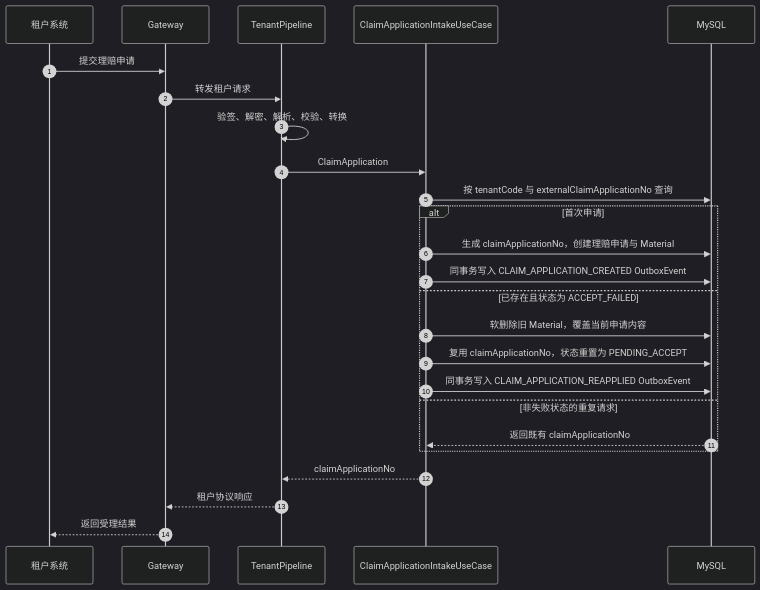
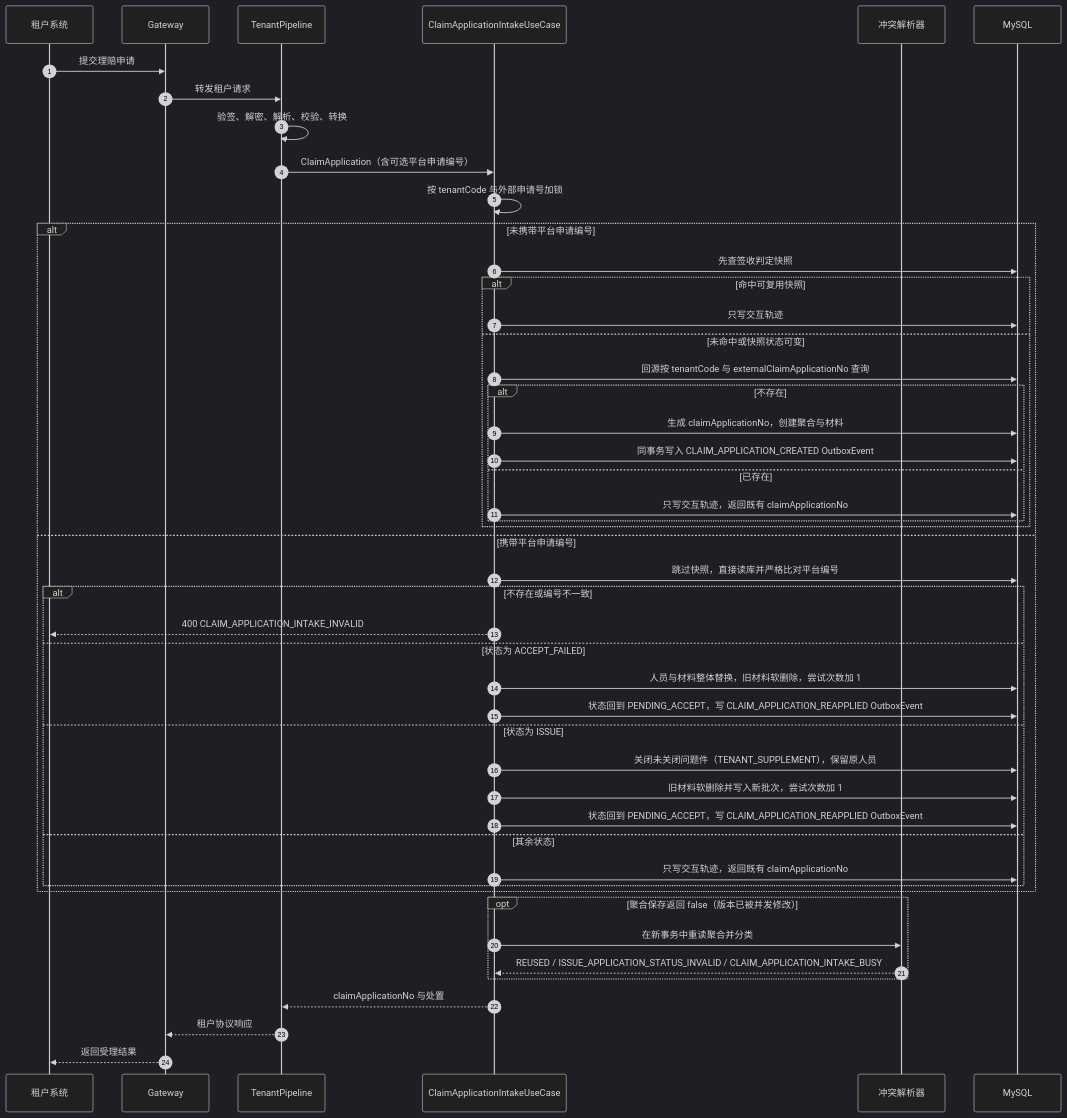
Before and after one commit to wangguangwu/claim-integration-platform: the fifth of 11 diagrams in docs/architecture/claim-application-architecture.md, drawn with Mermaid (dark theme). The commit also changed other lines of this file and 118 other files, not shown here.

Commit message:
落地 024 理赔受理聚合根重设计：ClaimApplication 统一收敛材料与问题件，补齐乐观锁与详情读模型

````diff
--- a/docs/architecture/claim-application-architecture.md
+++ b/docs/architecture/claim-application-architecture.md
@@ -267,30 +282,54 @@
 ```mermaid
 sequenceDiagram
     autonumber
     participant T as 租户系统
     participant G as Gateway
     participant A as TenantPipeline
     participant U as ClaimApplicationIntakeUseCase
+    participant R as 冲突解析器
     participant DB as MySQL
 
     T->>G: 提交理赔申请
     G->>A: 转发租户请求
     A->>A: 验签、解密、解析、校验、转换
-    A->>U: ClaimApplication
-    U->>DB: 按 tenantCode 与 externalClaimApplicationNo 查询
+    A->>U: ClaimApplication（含可选平台申请编号）
+    U->>U: 按 tenantCode 与外部申请号加锁
 
-    alt 首次申请
-        U->>DB: 生成 claimApplicationNo，创建理赔申请与 Material
-        U->>DB: 同事务写入 CLAIM_APPLICATION_CREATED OutboxEvent
-    else 已存在且状态为 ACCEPT_FAILED
-        U->>DB: 软删除旧 Material，覆盖当前申请内容
-        U->>DB: 复用 claimApplicationNo，状态重置为 PENDING_ACCEPT
-        U->>DB: 同事务写入 CLAIM_APPLICATION_REAPPLIED OutboxEvent
-    else 非失败状态的重复请求
-        DB-->>U: 返回既有 claimApplicationNo
+    alt 未携带平台申请编号
+        U->>DB: 先查签收判定快照
+        alt 命中可复用快照
+            U->>DB: 只写交互轨迹
+        else 未命中或快照状态可变
+            U->>DB: 回源按 tenantCode 与 externalClaimApplicationNo 查询
+            alt 不存在
+                U->>DB: 生成 claimApplicationNo，创建聚合与材料
+                U->>DB: 同事务写入 CLAIM_APPLICATION_CREATED OutboxEvent
+            else 已存在
+                U->>DB: 只写交互轨迹，返回既有 claimApplicationNo
+            end
+        end
+    else 携带平台申请编号
+        U->>DB: 跳过快照，直接读库并严格比对平台编号
+        alt 不存在或编号不一致
+            U-->>T: 400 CLAIM_APPLICATION_INTAKE_INVALID
+        else 状态为 ACCEPT_FAILED
+            U->>DB: 人员与材料整体替换，旧材料软删除，尝试次数加 1
+            U->>DB: 状态回到 PENDING_ACCEPT，写 CLAIM_APPLICATION_REAPPLIED OutboxEvent
+        else 状态为 ISSUE
+            U->>DB: 关闭未关闭问题件（TENANT_SUPPLEMENT），保留原人员
+            U->>DB: 旧材料软删除并写入新批次，尝试次数加 1
+            U->>DB: 状态回到 PENDING_ACCEPT，写 CLAIM_APPLICATION_REAPPLIED OutboxEvent
+        else 其余状态
+            U->>DB: 只写交互轨迹，返回既有 claimApplicationNo
+        end
     end
 
-    U-->>A: claimApplicationNo
+    opt 聚合保存返回 false（版本已被并发修改）
+        U->>R: 在新事务中重读聚合并分类
+        R-->>U: REUSED / ISSUE_APPLICATION_STATUS_INVALID / CLAIM_APPLICATION_INTAKE_BUSY
+    end
+
+    U-->>A: claimApplicationNo 与处置
     A-->>G: 租户协议响应
     G-->>T: 返回受理结果
 ```
````
